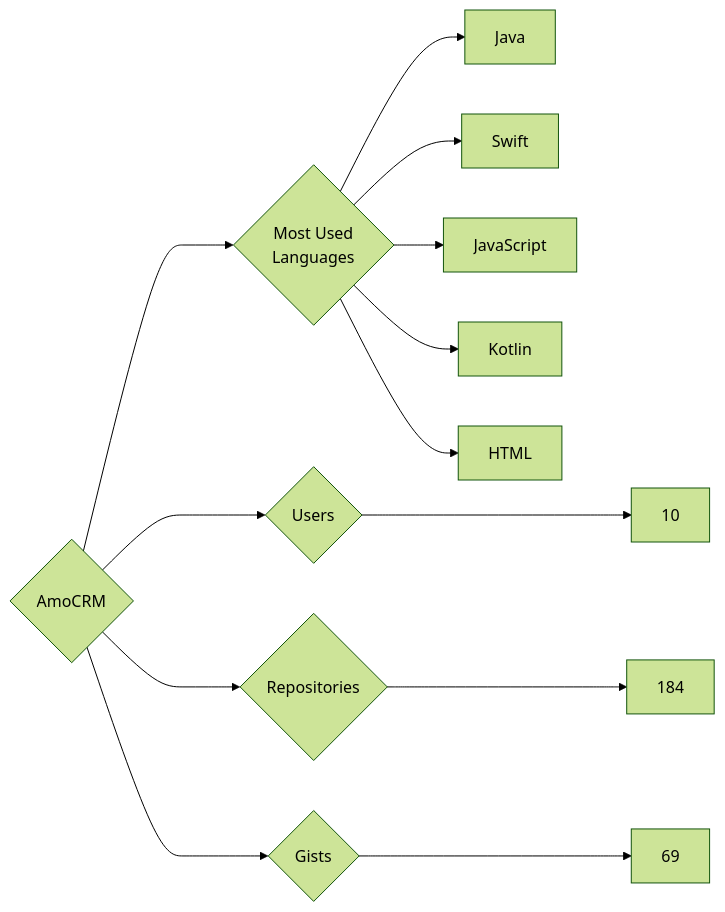
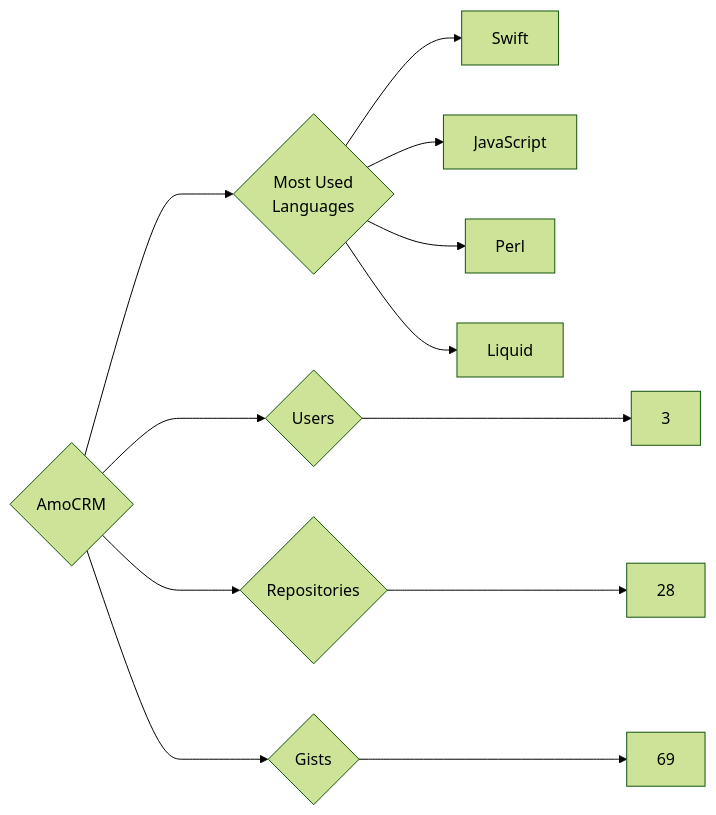
One commit to trickest/insiders changed the diagram in targets/AmoCRM/README.md. Above: the diagram before and after it, drawn with Mermaid (forest theme). The commit also changed 633 other files, not shown here.

````diff
--- a/targets/AmoCRM/README.md
+++ b/targets/AmoCRM/README.md
@@ -3,13 +3,12 @@
 ```mermaid
 graph LR
 COMPANY_NAME{AmoCRM}
-COMPANY_NAME ---> U{Users} ---> UN[10]
-COMPANY_NAME ---> R{Repositories} ---> RN[184]
+COMPANY_NAME ---> U{Users} ---> UN[3]
+COMPANY_NAME ---> R{Repositories} ---> RN[28]
 COMPANY_NAME ---> G{Gists} ---> GN[69]
 COMPANY_NAME ---> ML{Most Used<br>Languages}
-ML --> Java[Java]
 ML --> Swift[Swift]
 ML --> JavaScript[JavaScript]
-ML --> Kotlin[Kotlin]
-ML --> HTML[HTML]
+ML --> Perl[Perl]
+ML --> Liquid[Liquid]
 ```
````
